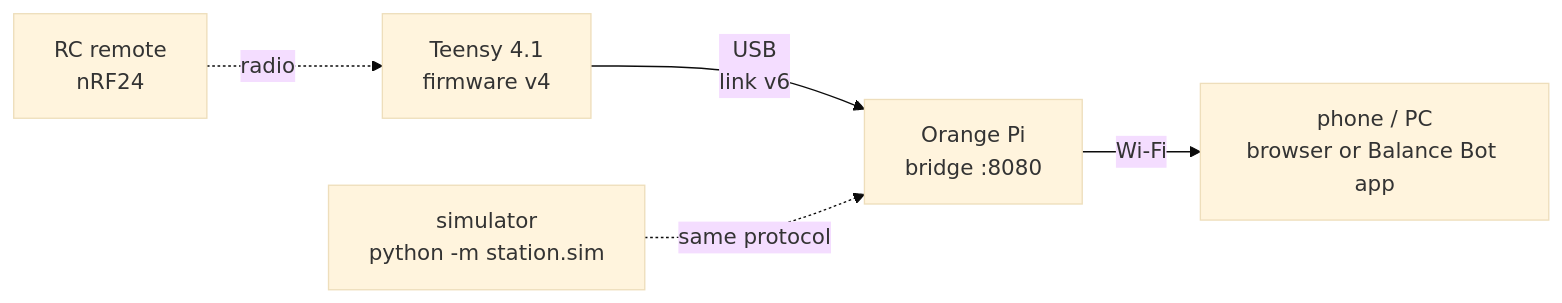
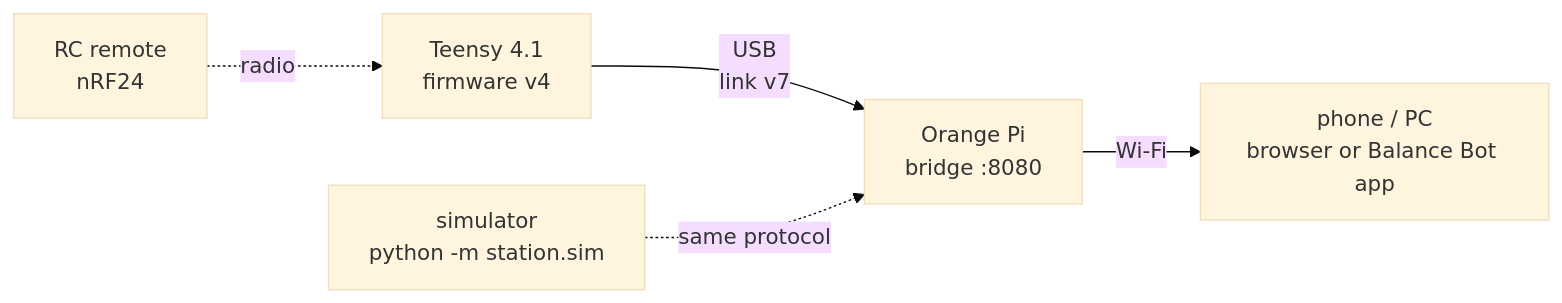
Before and after one commit to nespotts/self_balancing_robot_3: the diagram in README.md, drawn with Mermaid (base theme). The commit also changed other lines of this file and 22 other files, not shown here.

````diff
--- a/README.md
+++ b/README.md
@@ -7,7 +7,7 @@
 ```mermaid
 flowchart LR
-  T["Teensy 4.1<br>firmware v4"] -- "USB<br>link v6" --> P["Orange Pi<br>bridge :8080"]
+  T["Teensy 4.1<br>firmware v4"] -- "USB<br>link v7" --> P["Orange Pi<br>bridge :8080"]
   P -- "Wi-Fi" --> W["phone / PC<br>browser or Balance Bot app"]
   R["RC remote<br>nRF24"] -. "radio" .-> T
   S["simulator<br>python -m station.sim"] -. "same protocol" .-> P
 ```
````
